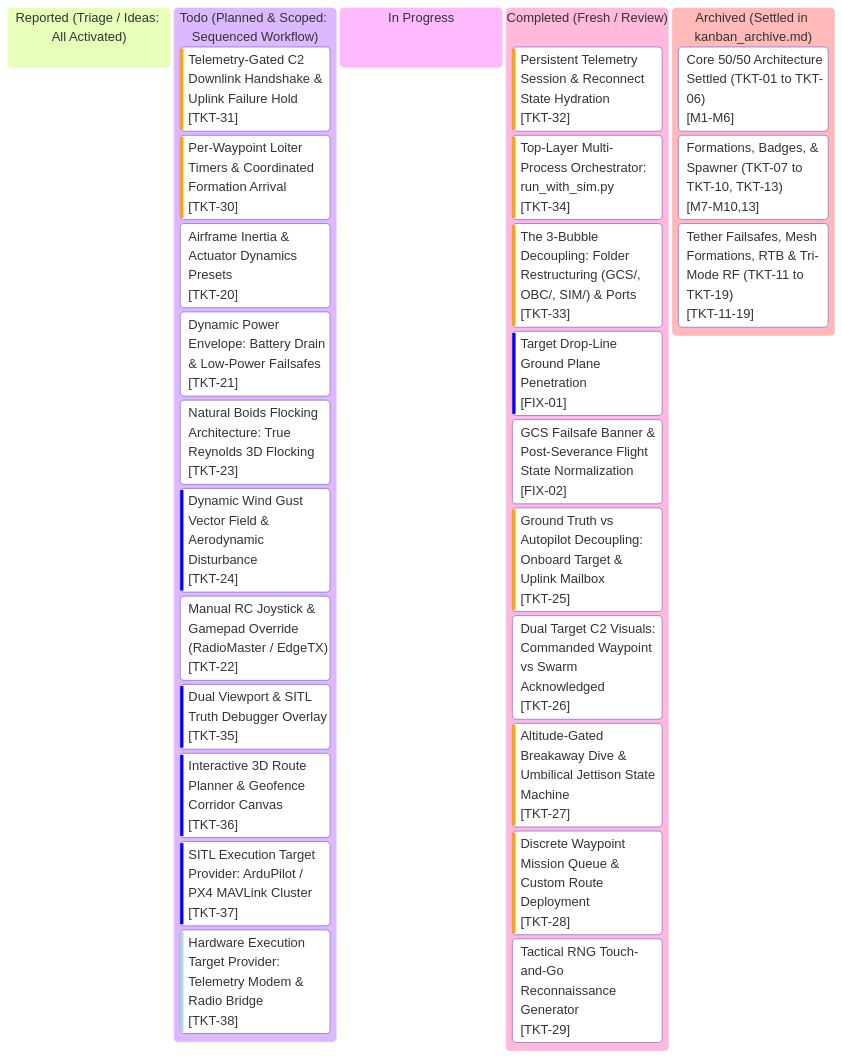
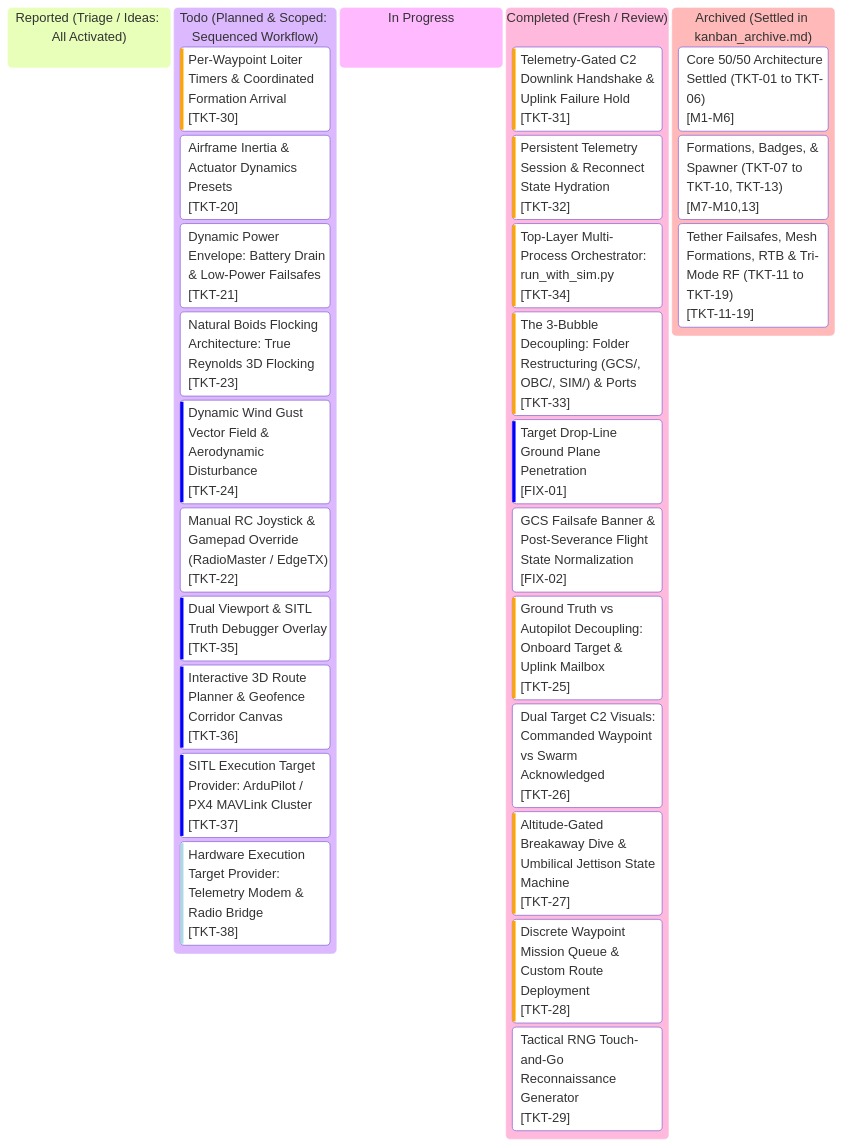
The diagram in kanban.md (AlitheiaDeus/SwarmTech_v3-Uprising), drawn with Mermaid before and after one commit. The commit also changed other lines of this file and 8 other files, not shown here.

Commit message:
feat(c2): implement telemetry-gated downlink handshake & uplink failure hold [TKT-31]

````diff
--- a/kanban.md
+++ b/kanban.md
@@ -10,52 +10,52 @@
 ```mermaid
 %%{init: {
   'theme': 'base',
   'themeVariables': {
     'primaryColor': '#0d2235',
     'primaryTextColor': '#d4f4ff',
     'primaryBorderColor': '#00f0ff',
     'lineColor': '#00f0ff',
     'background': '#061019',
     'mainBkg': '#0a1926',
     'secondaryColor': '#081420',
     'secondaryTextColor': '#5a7e96',
     'secondaryBorderColor': '#134e6f',
     'tertiaryColor': '#0e263d',
     'tertiaryTextColor': '#00ffaa',
     'tertiaryBorderColor': '#00ffaa',
     'clusterBkg': '#081420',
     'clusterBorder': '#134e6f',
     'fontFamily': "'JetBrains Mono', 'Courier New', monospace"
   }
 }}%%
 kanban
   reported["Reported (Triage / Ideas: All Activated)"]
   todo["Todo (Planned & Scoped: Sequenced Workflow)"]
-    tkt31["Telemetry-Gated C2 Downlink Handshake & Uplink Failure Hold"]@{ ticket: '[TKT-31]', priority: 'High' }
     tkt30["Per-Waypoint Loiter Timers & Coordinated Formation Arrival"]@{ ticket: '[TKT-30]', priority: 'High' }
     tkt20["Airframe Inertia & Actuator Dynamics Presets"]@{ ticket: '[TKT-20]', priority: 'Medium' }
     tkt21["Dynamic Power Envelope: Battery Drain & Low-Power Failsafes"]@{ ticket: '[TKT-21]', priority: 'Medium' }
     tkt23["Natural Boids Flocking Architecture: True Reynolds 3D Flocking"]@{ ticket: '[TKT-23]', priority: 'Medium' }
     tkt24["Dynamic Wind Gust Vector Field & Aerodynamic Disturbance"]@{ ticket: '[TKT-24]', priority: 'Low' }
     tkt22["Manual RC Joystick & Gamepad Override (RadioMaster / EdgeTX)"]@{ ticket: '[TKT-22]', priority: 'Medium' }
     tkt35["Dual Viewport & SITL Truth Debugger Overlay"]@{ ticket: '[TKT-35]', priority: 'Low' }
     tkt36["Interactive 3D Route Planner & Geofence Corridor Canvas"]@{ ticket: '[TKT-36]', priority: 'Low' }
     tkt37["SITL Execution Target Provider: ArduPilot / PX4 MAVLink Cluster"]@{ ticket: '[TKT-37]', priority: 'Low' }
     tkt38["Hardware Execution Target Provider: Telemetry Modem & Radio Bridge"]@{ ticket: '[TKT-38]', priority: 'Very Low' }
   in_progress["In Progress"]
   completed["Completed (Fresh / Review)"]
+    tkt31["Telemetry-Gated C2 Downlink Handshake & Uplink Failure Hold"]@{ ticket: '[TKT-31]', priority: 'High' }
     tkt32["Persistent Telemetry Session & Reconnect State Hydration"]@{ ticket: '[TKT-32]', priority: 'High' }
     tkt34["Top-Layer Multi-Process Orchestrator: run_with_sim.py"]@{ ticket: '[TKT-34]', priority: 'High' }
     tkt33["The 3-Bubble Decoupling: Folder Restructuring (GCS/, OBC/, SIM/) & Ports"]@{ ticket: '[TKT-33]', priority: 'High' }
     fix01["Target Drop-Line Ground Plane Penetration"]@{ ticket: '[FIX-01]', priority: 'Low' }
     fix02["GCS Failsafe Banner & Post-Severance Flight State Normalization"]@{ ticket: '[FIX-02]', priority: 'Medium' }
     tkt25["Ground Truth vs Autopilot Decoupling: Onboard Target & Uplink Mailbox"]@{ ticket: '[TKT-25]', priority: 'High' }
     tkt26["Dual Target C2 Visuals: Commanded Waypoint vs Swarm Acknowledged"]@{ ticket: '[TKT-26]', priority: 'Medium' }
     tkt27["Altitude-Gated Breakaway Dive & Umbilical Jettison State Machine"]@{ ticket: '[TKT-27]', priority: 'High' }
     tkt28["Discrete Waypoint Mission Queue & Custom Route Deployment"]@{ ticket: '[TKT-28]', priority: 'High' }
     tkt29["Tactical RNG Touch-and-Go Reconnaissance Generator"]@{ ticket: '[TKT-29]', priority: 'Medium' }
   archived["Archived (Settled in kanban_archive.md)"]
     arch_m1_6["Core 50/50 Architecture Settled (TKT-01 to TKT-06)"]@{ ticket: '[M1-M6]' }
     arch_m7_10_13["Formations, Badges, & Spawner (TKT-07 to TKT-10, TKT-13)"]@{ ticket: '[M7-M10,13]' }
     arch_m11_19["Tether Failsafes, Mesh Formations, RTB & Tri-Mode RF (TKT-11 to TKT-19)"]@{ ticket: '[TKT-11-19]' }
 ```
````
